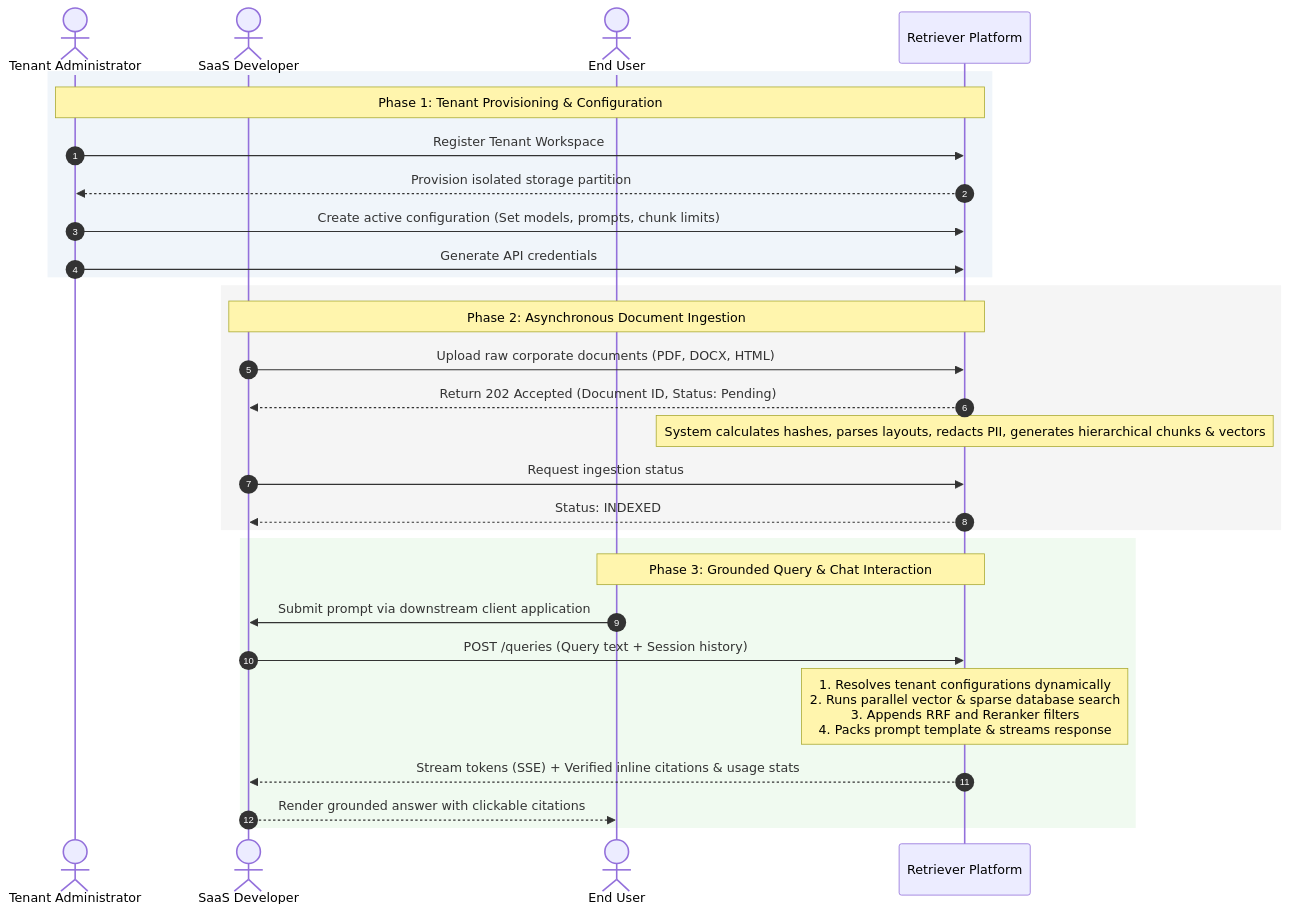
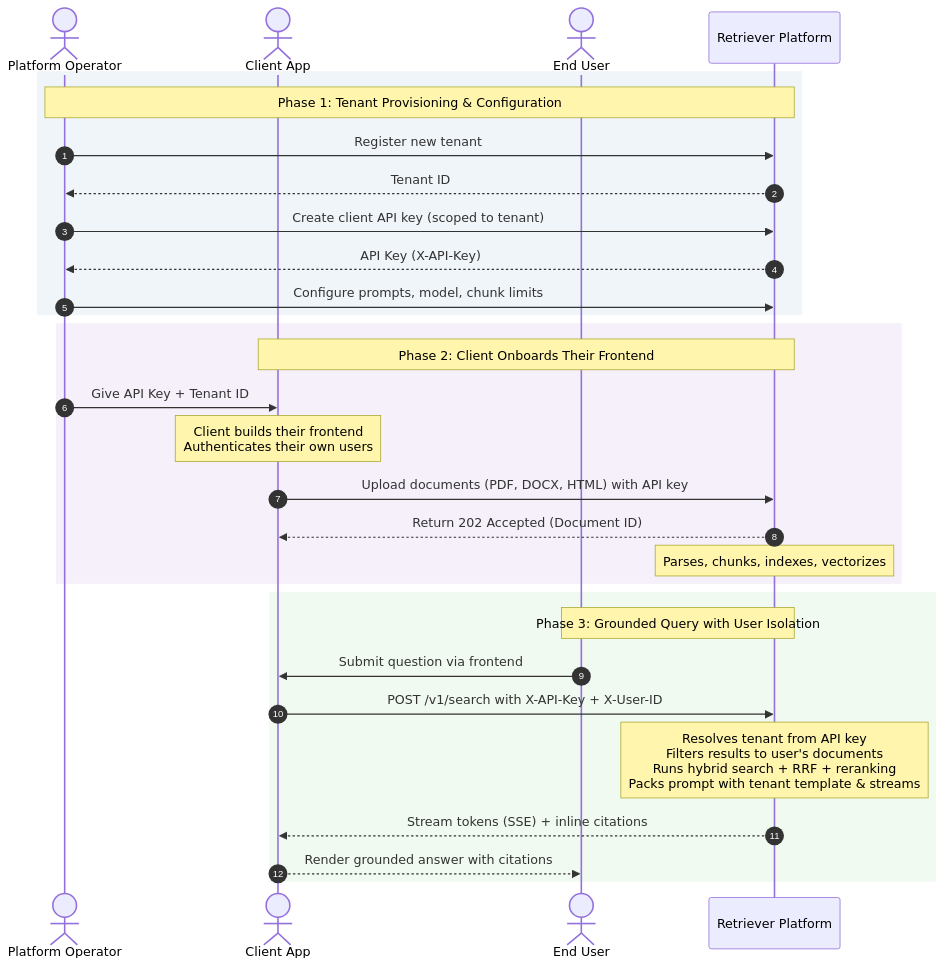
Before and after one commit to prat3010/retriever: the first of 2 diagrams in docs/features/core-platform.md, drawn with Mermaid. The commit also changed other lines of this file and 79 other files, not shown here.

First line of the commit message:
docs: reconcile docs with client integration model, fix CI, clean up code

````diff
--- a/docs/features/core-platform.md
+++ b/docs/features/core-platform.md
@@ -36,37 +40,38 @@
 ```mermaid
 sequenceDiagram
     autonumber
-    actor Admin as Tenant Administrator
-    actor Developer as SaaS Developer
+    actor Operator as Platform Operator
+    actor Client as Client App
     actor User as End User
     participant Platform as Retriever Platform
 
     %% Phase 1: Onboarding
     rect rgb(240, 245, 250)
-        Note over Admin, Platform: Phase 1: Tenant Provisioning & Configuration
-        Admin->>Platform: Register Tenant Workspace
-        Platform-->>Admin: Provision isolated storage partition
-        Admin->>Platform: Create active configuration (Set models, prompts, chunk limits)
-        Admin->>Platform: Generate API credentials
+        Note over Operator, Platform: Phase 1: Tenant Provisioning & Configuration
+        Operator->>Platform: Register new tenant
+        Platform-->>Operator: Tenant ID
+        Operator->>Platform: Create client API key (scoped to tenant)
+        Platform-->>Operator: API Key (X-API-Key)
+        Operator->>Platform: Configure prompts, model, chunk limits
     end
 
-    %% Phase 2: Ingestion
-    rect rgb(245, 245, 245)
-        Note over Developer, Platform: Phase 2: Asynchronous Document Ingestion
-        Developer->>Platform: Upload raw corporate documents (PDF, DOCX, HTML)
-        Platform-->>Developer: Return 202 Accepted (Document ID, Status: Pending)
-        Note over Platform: System calculates hashes, parses layouts, redacts PII, generates hierarchical chunks & vectors
-        Developer->>Platform: Request ingestion status
-        Platform-->>Developer: Status: INDEXED
+    %% Phase 2: Client Integration
+    rect rgb(245, 240, 250)
+        Note over Client, Platform: Phase 2: Client Onboards Their Frontend
+        Operator->>Client: Give API Key + Tenant ID
+        Note over Client: Client builds their frontend<br/>Authenticates their own users
+        Client->>Platform: Upload documents (PDF, DOCX, HTML) with API key
+        Platform-->>Client: Return 202 Accepted (Document ID)
+        Note over Platform: Parses, chunks, indexes, vectorizes
     end
 
     %% Phase 3: Query & Grounding
     rect rgb(240, 250, 240)
-        Note over User, Platform: Phase 3: Grounded Query & Chat Interaction
-        User->>Developer: Submit prompt via downstream client application
-        Developer->>Platform: POST /queries (Query text + Session history)
-        Note over Platform: 1. Resolves tenant configurations dynamically<br/>2. Runs parallel vector & sparse database search<br/>3. Appends RRF and Reranker filters<br/>4. Packs prompt template & streams response
-        Platform-->>Developer: Stream tokens (SSE) + Verified inline citations & usage stats
-        Developer-->>User: Render grounded answer with clickable citations
+        Note over User, Platform: Phase 3: Grounded Query with User Isolation
+        User->>Client: Submit question via frontend
+        Client->>Platform: POST /v1/search with X-API-Key + X-User-ID
+        Note over Platform: Resolves tenant from API key<br/>Filters results to user's documents<br/>Runs hybrid search + RRF + reranking<br/>Packs prompt with tenant template & streams
+        Platform-->>Client: Stream tokens (SSE) + inline citations
+        Client-->>User: Render grounded answer with citations
     end
 ```
````
